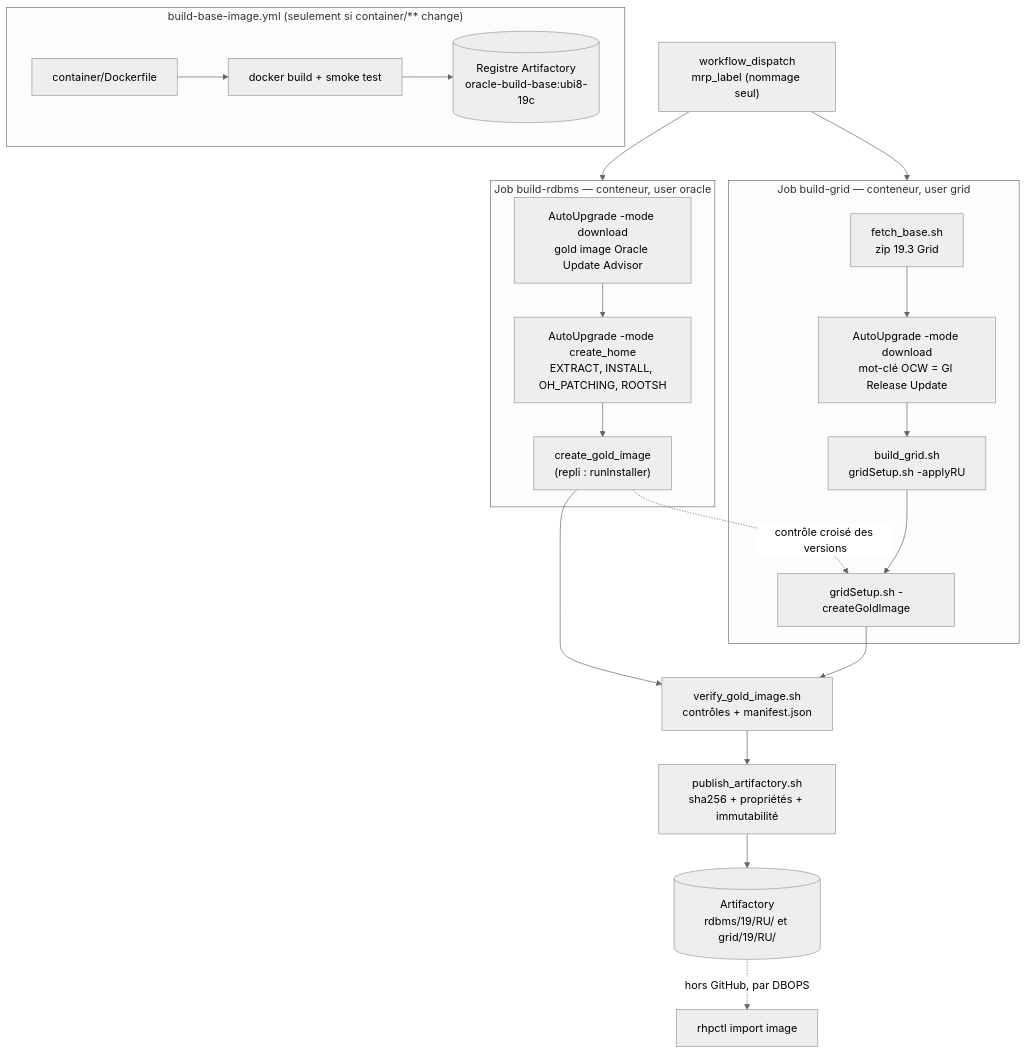
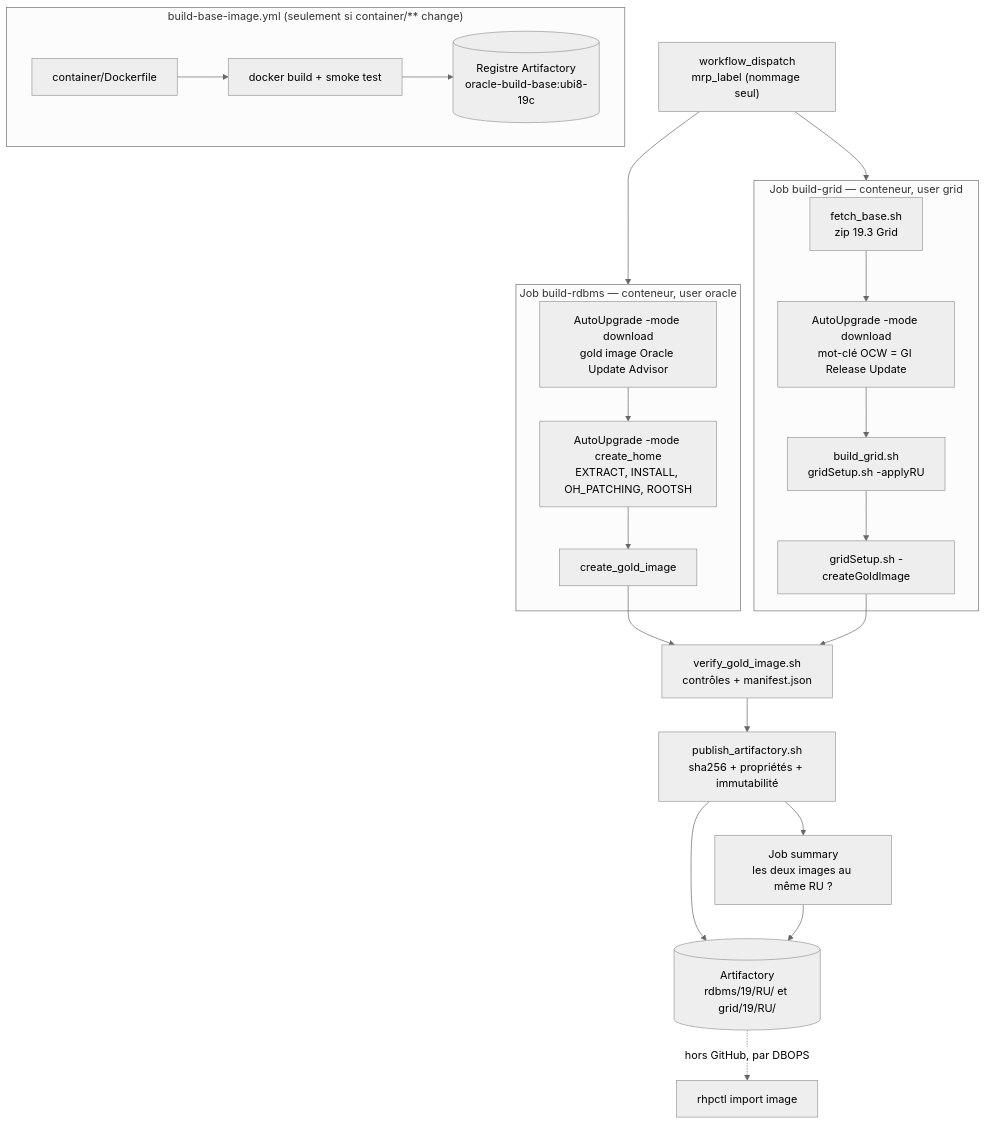
One commit to cmodiano/oracle_fpp_image_build_docker changed the diagram in README.md. Above: the diagram before and after it, drawn with Mermaid (neutral theme). The commit also changed other lines of this file and 1 other file, not shown here.

````diff
--- a/README.md
+++ b/README.md
@@ -34,24 +34,25 @@
 ```mermaid
 flowchart TB
   subgraph base["build-base-image.yml (seulement si container/** change)"]
     C1["container/Dockerfile"] --> C2["docker build + smoke test"] --> C3[("Registre Artifactory<br/>oracle-build-base:ubi8-19c")]
   end
 
   D["workflow_dispatch<br/>mrp_label (nommage seul)"] --> R
   D --> G
 
   subgraph R["Job build-rdbms — conteneur, user oracle"]
-    R1["AutoUpgrade -mode download<br/>gold image Oracle Update Advisor"] --> R2["AutoUpgrade -mode create_home<br/>EXTRACT, INSTALL, OH_PATCHING, ROOTSH"] --> R4["create_gold_image<br/>(repli : runInstaller)"]
+    R1["AutoUpgrade -mode download<br/>gold image Oracle Update Advisor"] --> R2["AutoUpgrade -mode create_home<br/>EXTRACT, INSTALL, OH_PATCHING, ROOTSH"] --> R4["create_gold_image"]
   end
 
   subgraph G["Job build-grid — conteneur, user grid"]
     G1["fetch_base.sh<br/>zip 19.3 Grid"] --> G2["AutoUpgrade -mode download<br/>mot-clé OCW = GI Release Update"] --> G3["build_grid.sh<br/>gridSetup.sh -applyRU"] --> G4["gridSetup.sh -createGoldImage"]
   end
 
   R4 --> V["verify_gold_image.sh<br/>contrôles + manifest.json"]
   G4 --> V
   V --> P["publish_artifactory.sh<br/>sha256 + propriétés + immutabilité"]
-  R4 -.->|"contrôle croisé des versions"| G4
   P --> A[("Artifactory<br/>rdbms/19/RU/ et grid/19/RU/")]
+  P --> S["Job summary<br/>les deux images au même RU ?"]
+  S --> A
   A -.->|"hors GitHub, par DBOPS"| F["rhpctl import image"]
 ```
````
